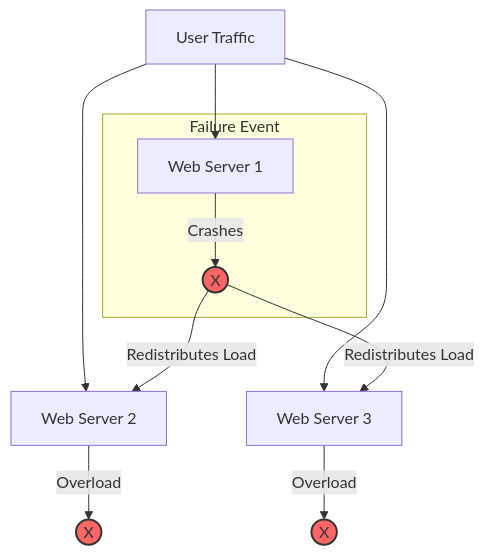
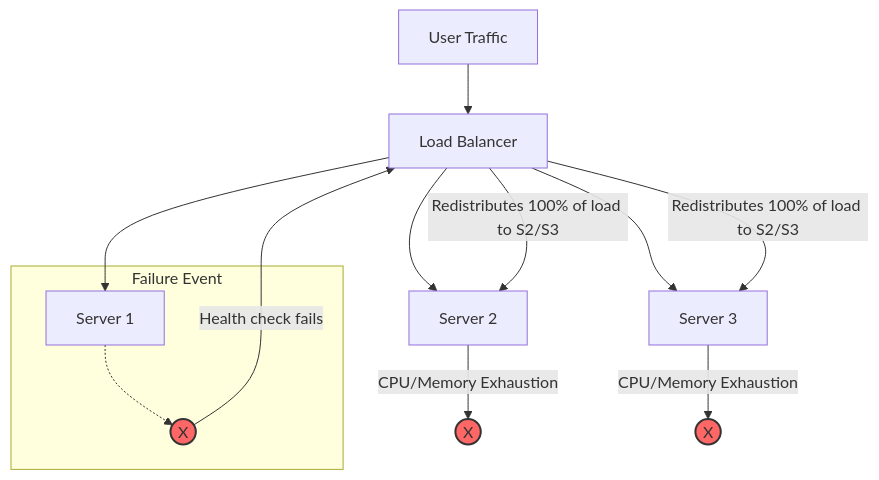
The diagram in docs/systems-thinking/cascading-failure.md (vaishvanara/techwritingkb), drawn with Mermaid before and after one commit. The commit also changed other lines of this file and 26 other files, not shown here.

````diff
--- a/docs/systems-thinking/cascading-failure.md
+++ b/docs/systems-thinking/cascading-failure.md
@@ -17,20 +17,22 @@
 ```mermaid
 graph TD
-    A[User Traffic] --> B[Web Server 1]
-    A --> C[Web Server 2]
-    A --> D[Web Server 3]
+    User[User Traffic] --> LB[Load Balancer]
+    LB --> S1[Server 1]
+    LB --> S2[Server 2]
+    LB --> S3[Server 3]
     
     subgraph "Failure Event"
-    B -- "Crashes" --> B_Fail((X))
+    S1 -.-> S1_Fail((X))
     end
     
-    B_Fail -- "Redistributes Load" --> C
-    B_Fail -- "Redistributes Load" --> D
+    S1_Fail -- "Health check fails" --> LB
+    LB -- "Redistributes 100% of load to S2/S3" --> S2
+    LB -- "Redistributes 100% of load to S2/S3" --> S3
     
-    C -- "Overload" --> C_Fail((X))
-    D -- "Overload" --> D_Fail((X))
+    S2 -- "CPU/Memory Exhaustion" --> S2_Fail((X))
+    S3 -- "CPU/Memory Exhaustion" --> S3_Fail((X))
     
-    style B_Fail fill:#f66,stroke:#333,stroke-width:2px
-    style C_Fail fill:#f66,stroke:#333,stroke-width:2px
-    style D_Fail fill:#f66,stroke:#333,stroke-width:2px
+    style S1_Fail fill:#f66,stroke:#333,stroke-width:2px
+    style S2_Fail fill:#f66,stroke:#333,stroke-width:2px
+    style S3_Fail fill:#f66,stroke:#333,stroke-width:2px
 ```
````
